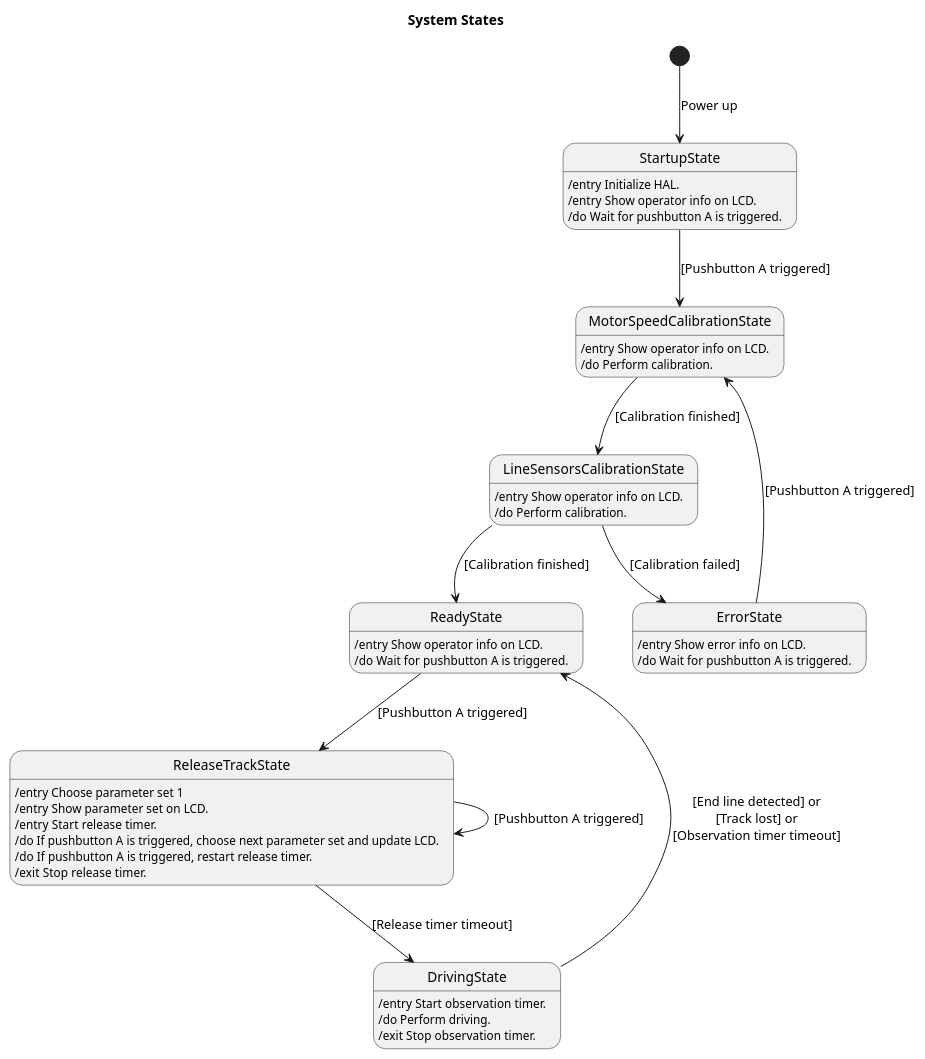
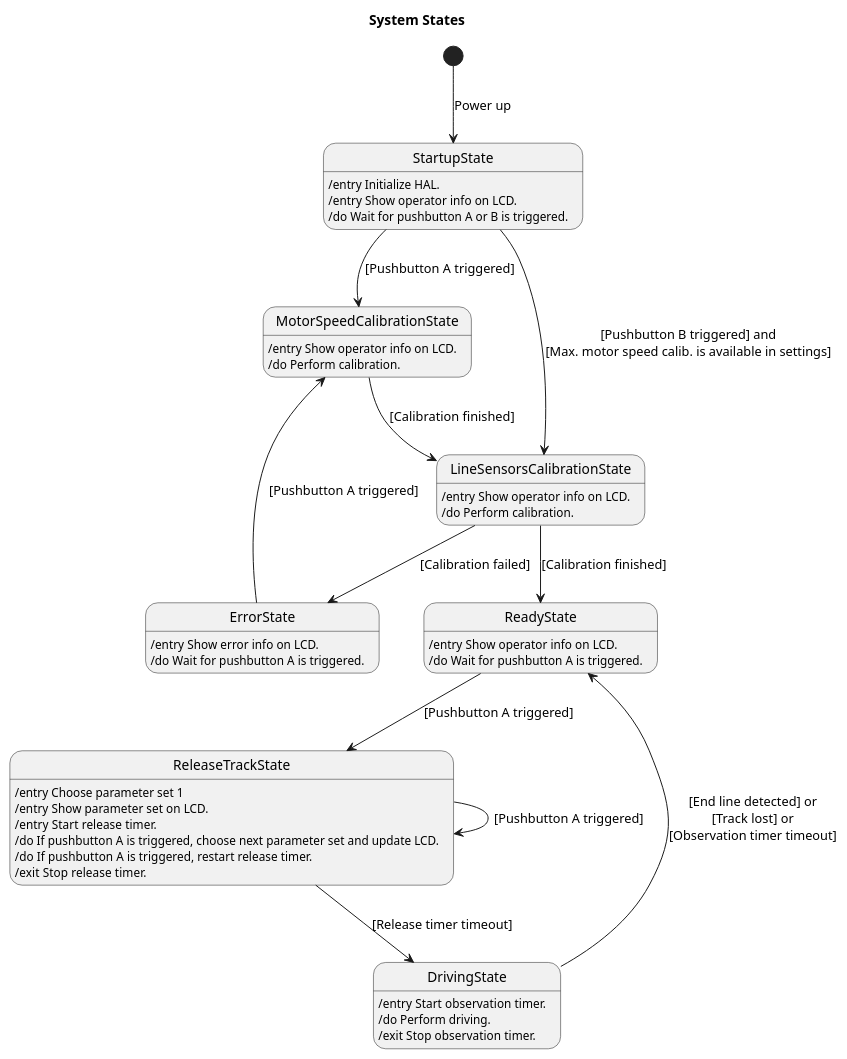
Before and after one commit to BlueAndi/RadonUlzer: the diagram in doc/architecture/uml/ProcessView/LineFollower/SystemStates2.plantuml, drawn with PlantUML. The commit also changed 12 other files, not shown here.

Commit message:
The max. motor speed calibration can now be skipped in startup state by pressing "B" button. Button "A" will still calibrate the max. motor speed and stores the result now in the settings.

```diff
--- a/doc/architecture/uml/ProcessView/LineFollower/SystemStates2.plantuml
+++ b/doc/architecture/uml/ProcessView/LineFollower/SystemStates2.plantuml
@@ -1,43 +1,44 @@
 @startuml
 
 title System States
 
 state StartupState: /entry Initialize HAL.
 state StartupState: /entry Show operator info on LCD.
-state StartupState: /do Wait for pushbutton A is triggered.
+state StartupState: /do Wait for pushbutton A or B is triggered.
 
 state MotorSpeedCalibrationState: /entry Show operator info on LCD.
 state MotorSpeedCalibrationState: /do Perform calibration.
 
 state LineSensorsCalibrationState: /entry Show operator info on LCD.
 state LineSensorsCalibrationState: /do Perform calibration.
 
 state ErrorState: /entry Show error info on LCD.
 state ErrorState: /do Wait for pushbutton A is triggered.
 
 state ReadyState: /entry Show operator info on LCD.
 state ReadyState: /do Wait for pushbutton A is triggered.
 
 state ReleaseTrackState: /entry Choose parameter set 1
 state ReleaseTrackState: /entry Show parameter set on LCD.
 state ReleaseTrackState: /entry Start release timer.
 state ReleaseTrackState: /do If pushbutton A is triggered, choose next parameter set and update LCD.
 state ReleaseTrackState: /do If pushbutton A is triggered, restart release timer.
 state ReleaseTrackState: /exit Stop release timer.
 
 state DrivingState: /entry Start observation timer.
 state DrivingState: /do Perform driving.
 state DrivingState: /exit Stop observation timer.
 
 [*] --> StartupState: Power up
 StartupState --> MotorSpeedCalibrationState: [Pushbutton A triggered]
+StartupState --> LineSensorsCalibrationState: [Pushbutton B triggered] and\n[Max. motor speed calib. is available in settings]
 MotorSpeedCalibrationState --> LineSensorsCalibrationState: [Calibration finished]
 LineSensorsCalibrationState --> ReadyState: [Calibration finished]
 LineSensorsCalibrationState --> ErrorState: [Calibration failed]
 ReadyState --> ReleaseTrackState: [Pushbutton A triggered]
 ReleaseTrackState --> DrivingState: [Release timer timeout]
 ReleaseTrackState --> ReleaseTrackState: [Pushbutton A triggered]
 DrivingState --> ReadyState: [End line detected] or\n[Track lost] or\n[Observation timer timeout]
 ErrorState --> MotorSpeedCalibrationState: [Pushbutton A triggered]
 
 @enduml
```
